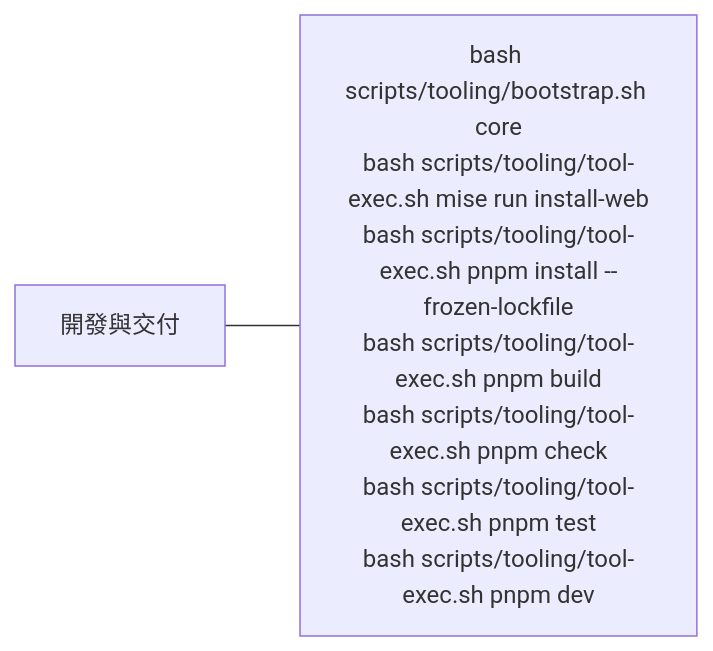
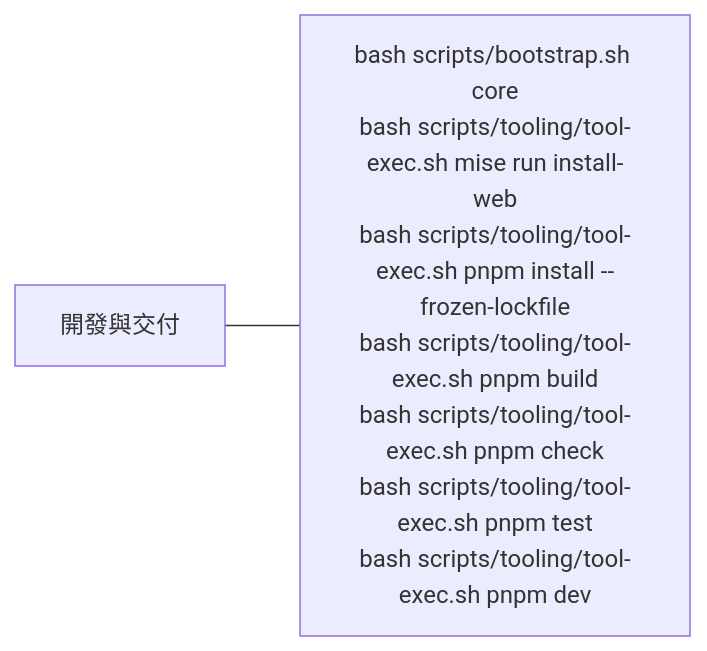
One commit to 963sup/line-mini-app-bot changed the sixth of 11 diagrams in docs/decisions/0004-monorepo.md. Above: the diagram before and after it, drawn with Mermaid. The commit also changed 97 other files, not shown here.

````diff
--- a/docs/decisions/0004-monorepo.md
+++ b/docs/decisions/0004-monorepo.md
@@ -55,5 +55,5 @@
 ```mermaid
 flowchart LR
   h["開發與交付"]
-  h --- n0["bash scripts/tooling/bootstrap.sh core<br/>bash scripts/tooling/tool-exec.sh mise run install-web<br/>bash scripts/tooling/tool-exec.sh pnpm install --frozen-lockfile<br/>bash scripts/tooling/tool-exec.sh pnpm build<br/>bash scripts/tooling/tool-exec.sh pnpm check<br/>bash scripts/tooling/tool-exec.sh pnpm test<br/>bash scripts/tooling/tool-exec.sh pnpm dev"]
+  h --- n0["bash scripts/bootstrap.sh core<br/>bash scripts/tooling/tool-exec.sh mise run install-web<br/>bash scripts/tooling/tool-exec.sh pnpm install --frozen-lockfile<br/>bash scripts/tooling/tool-exec.sh pnpm build<br/>bash scripts/tooling/tool-exec.sh pnpm check<br/>bash scripts/tooling/tool-exec.sh pnpm test<br/>bash scripts/tooling/tool-exec.sh pnpm dev"]
 ```
````
